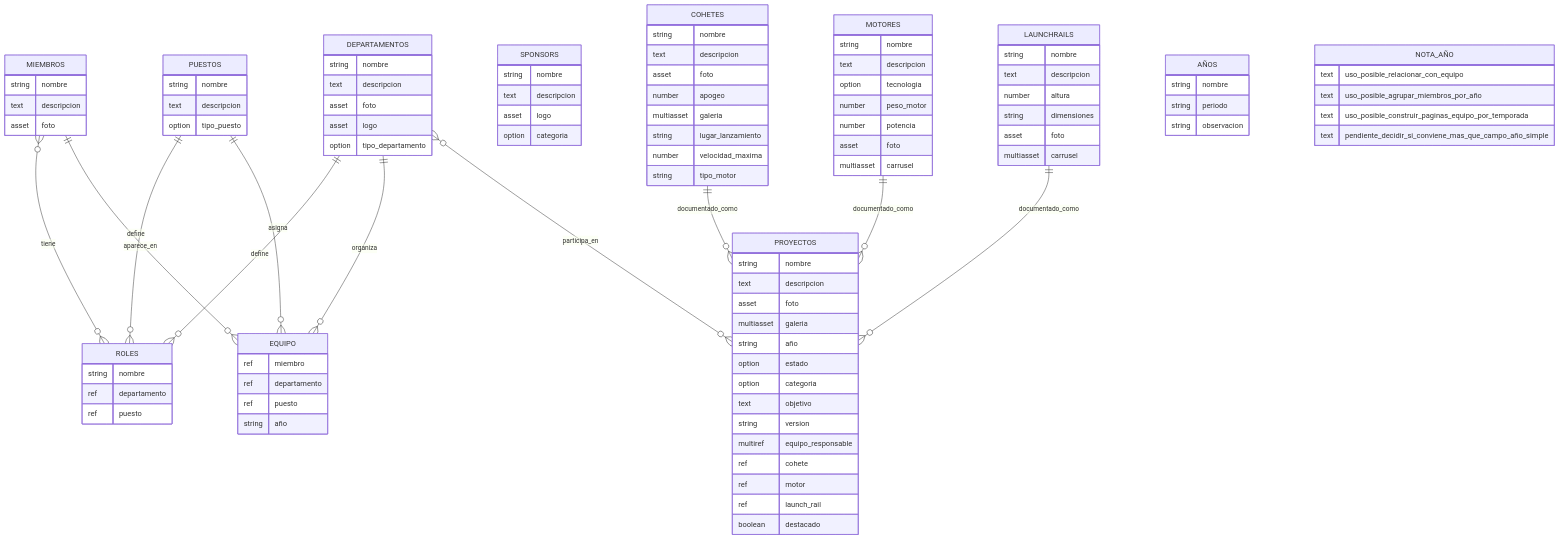
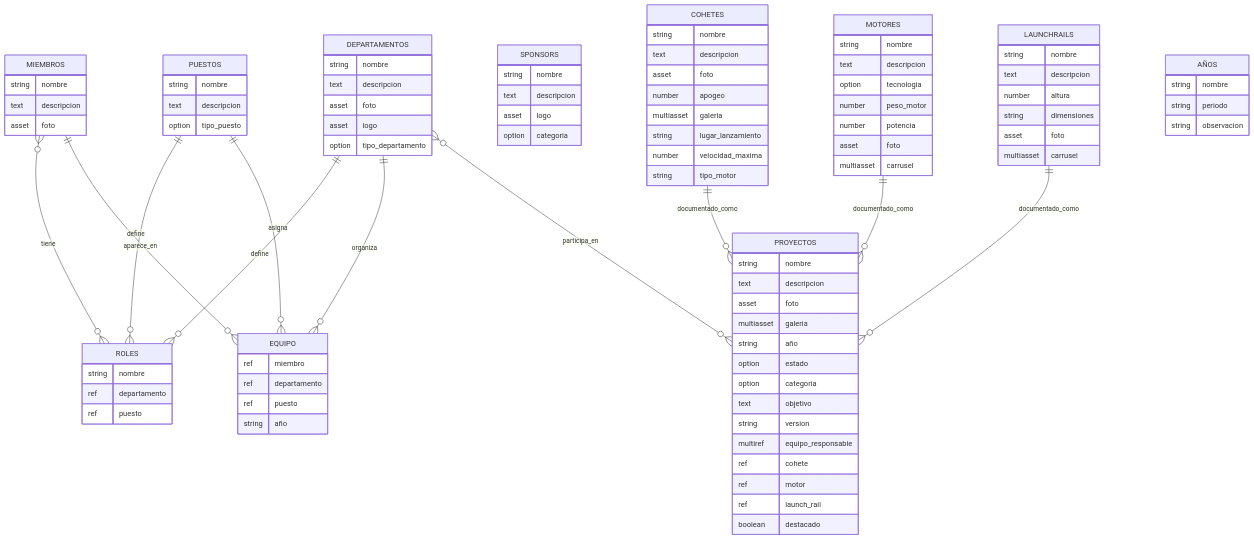
Before and after one commit to GonMa18/ByM: the diagram in BD/Bisky/Markdown/CMS.md, drawn with Mermaid. The commit also changed other lines of this file, not shown here.

Commit message:
NOTA_AÑOS eliminada de mermaid

```diff
--- a/BD/Bisky/Markdown/CMS.md
+++ b/BD/Bisky/Markdown/CMS.md
@@ -113,13 +113,6 @@
         string observacion
     }
 
-    NOTA_AÑO {
-        text uso_posible_relacionar_con_equipo
-        text uso_posible_agrupar_miembros_por_año
-        text uso_posible_construir_paginas_equipo_por_temporada
-        text pendiente_decidir_si_conviene_mas_que_campo_año_simple
-    }
-
     DEPARTAMENTOS ||--o{ ROLES : define
     PUESTOS ||--o{ ROLES : define
 
```
